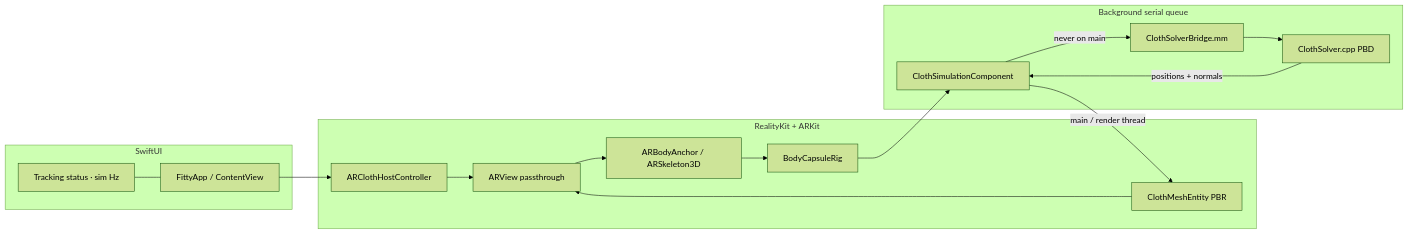
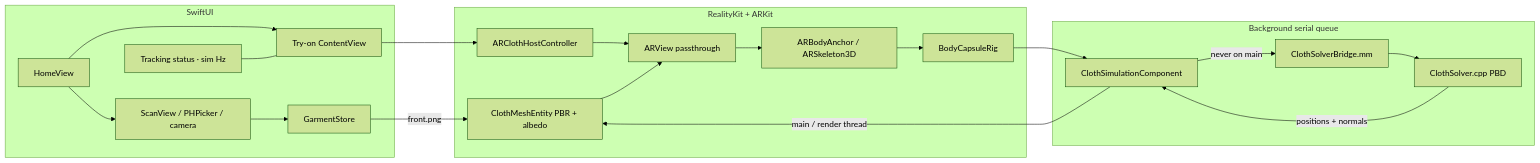
Before and after one commit to junho29800-collab/Fitty: the diagram in README.md, drawn with Mermaid (forest theme). The commit also changed other lines of this file, not shown here.

Commit message:
Document scan → try-on, cream boxy theme, and Linux g++ test results (20 passed, 0 failed).

````diff
--- a/README.md
+++ b/README.md
@@ -11,30 +40,37 @@
 ```mermaid
 flowchart LR
   subgraph ui [SwiftUI]
-    App[FittyApp / ContentView]
+    Home[HomeView]
+    Scan[ScanView / PHPicker / camera]
+    Store[GarmentStore]
+    App[Try-on ContentView]
     HUD[Tracking status · sim Hz]
   end
   subgraph ar [RealityKit + ARKit]
     Host[ARClothHostController]
     ARView[ARView passthrough]
     Body[ARBodyAnchor / ARSkeleton3D]
     Capsules[BodyCapsuleRig]
-    Mesh[ClothMeshEntity PBR]
+    Mesh[ClothMeshEntity PBR + albedo]
   end
   subgraph sim [Background serial queue]
     Comp[ClothSimulationComponent]
     Bridge[ClothSolverBridge.mm]
     PBD["ClothSolver.cpp PBD"]
   end
+  Home --> Scan
+  Scan --> Store
+  Home --> App
+  Store -->|front.png| Mesh
   App --> Host
   Host --> ARView
   ARView --> Body
   Body --> Capsules
   Capsules --> Comp
   Comp -->|"never on main"| Bridge
   Bridge --> PBD
   PBD -->|positions + normals| Comp
   Comp -->|"main / render thread"| Mesh
   Mesh --> ARView
   HUD --- App
 ```
````
